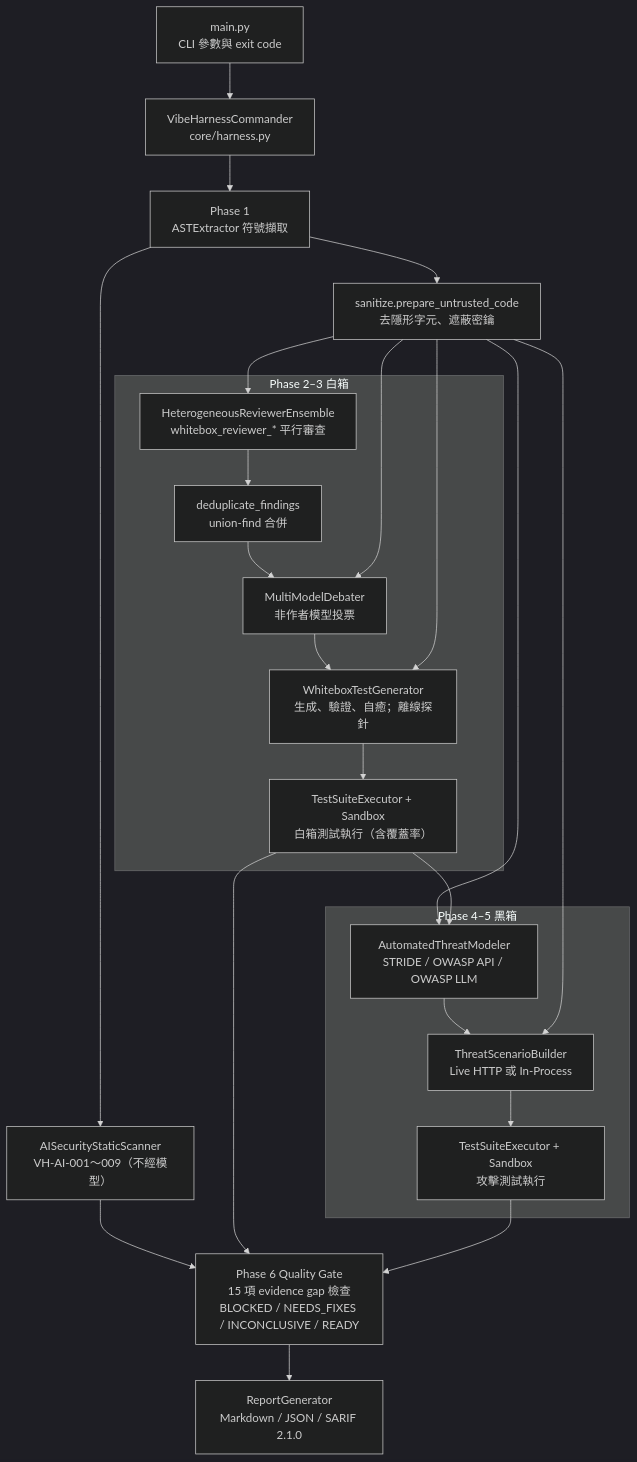
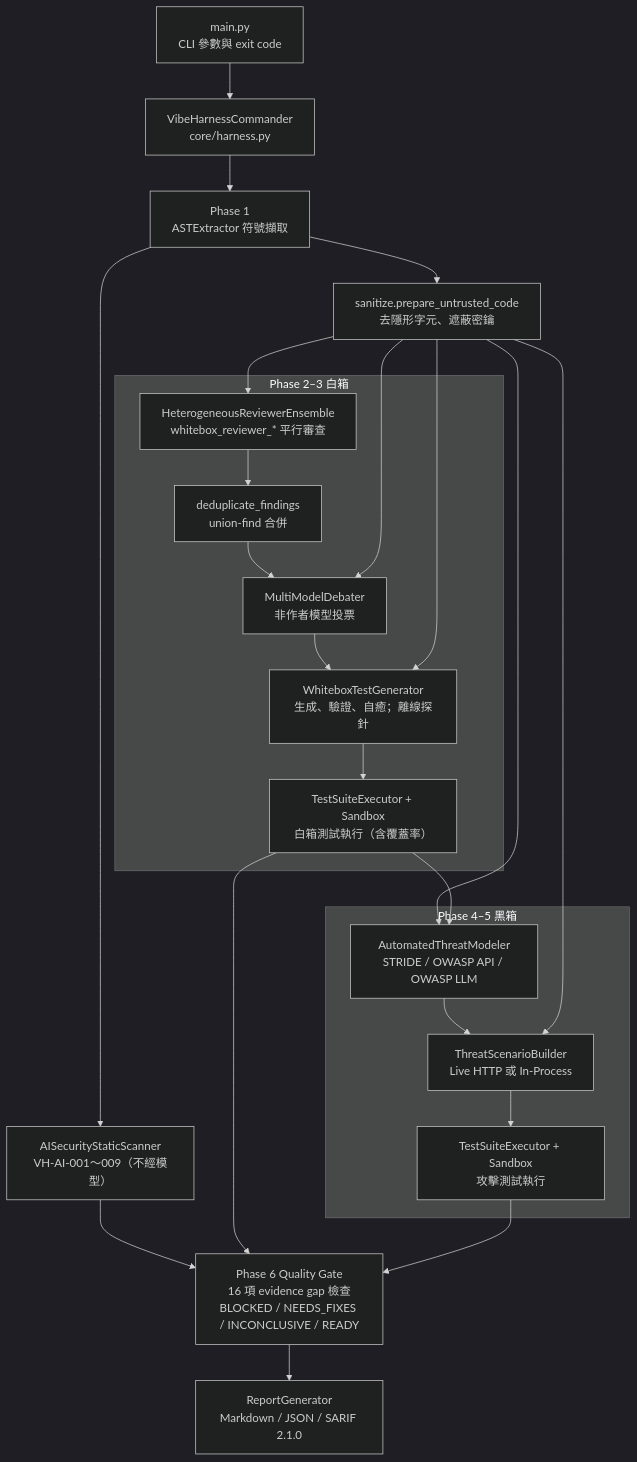
Before and after one commit to chinchiang/MultiAgentGama: the first of 3 diagrams in docs/design.md, drawn with Mermaid (dark theme). The commit also changed other lines of this file and 14 other files, not shown here.

````diff
--- a/docs/design.md
+++ b/docs/design.md
@@ -43,34 +43,34 @@
 ```mermaid
 flowchart TD
     CLI["main.py<br/>CLI 參數與 exit code"] --> CMD["VibeHarnessCommander<br/>core/harness.py"]
     CMD --> P1["Phase 1<br/>ASTExtractor 符號擷取"]
     P1 --> SAST["AISecurityStaticScanner<br/>VH-AI-001～009（不經模型）"]
     P1 --> SAN["sanitize.prepare_untrusted_code<br/>去隱形字元、遮蔽密鑰"]
 
     subgraph WB ["Phase 2–3 白箱"]
         REV["HeterogeneousReviewerEnsemble<br/>whitebox_reviewer_* 平行審查"]
         DEDUP["deduplicate_findings<br/>union-find 合併"]
         DEB["MultiModelDebater<br/>非作者模型投票"]
         GEN["WhiteboxTestGenerator<br/>生成、驗證、自癒；離線探針"]
         EXE1["TestSuiteExecutor + Sandbox<br/>白箱測試執行（含覆蓋率）"]
         REV --> DEDUP --> DEB --> GEN --> EXE1
     end
 
     subgraph BB ["Phase 4–5 黑箱"]
         TM["AutomatedThreatModeler<br/>STRIDE / OWASP API / OWASP LLM"]
         ATK["ThreatScenarioBuilder<br/>Live HTTP 或 In-Process"]
         EXE2["TestSuiteExecutor + Sandbox<br/>攻擊測試執行"]
         TM --> ATK --> EXE2
     end
 
     SAN --> REV
     SAN --> DEB
     SAN --> GEN
     SAN --> TM
     SAN --> ATK
     EXE1 --> TM
     SAST --> GATE
     EXE1 --> GATE
-    EXE2 --> GATE["Phase 6 Quality Gate<br/>15 項 evidence gap 檢查<br/>BLOCKED / NEEDS_FIXES / INCONCLUSIVE / READY"]
+    EXE2 --> GATE["Phase 6 Quality Gate<br/>16 項 evidence gap 檢查<br/>BLOCKED / NEEDS_FIXES / INCONCLUSIVE / READY"]
     GATE --> OUT["ReportGenerator<br/>Markdown / JSON / SARIF 2.1.0"]
 ```
````
